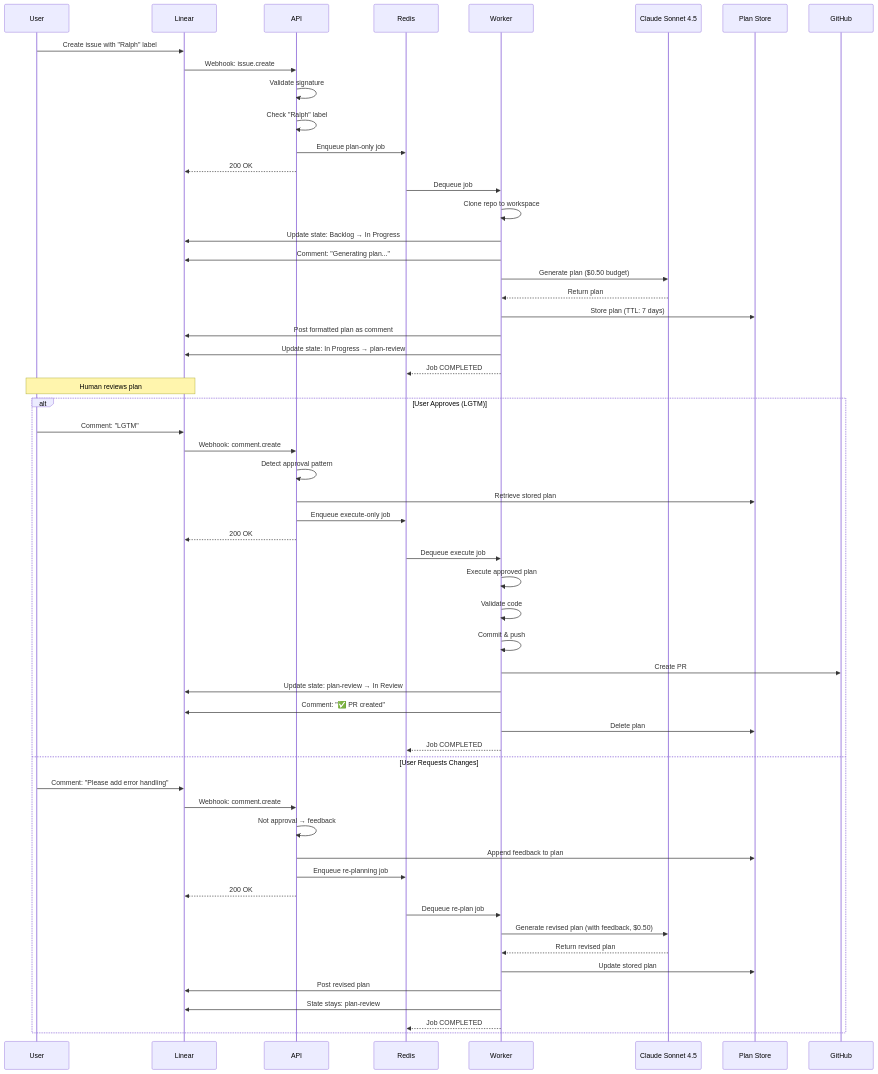
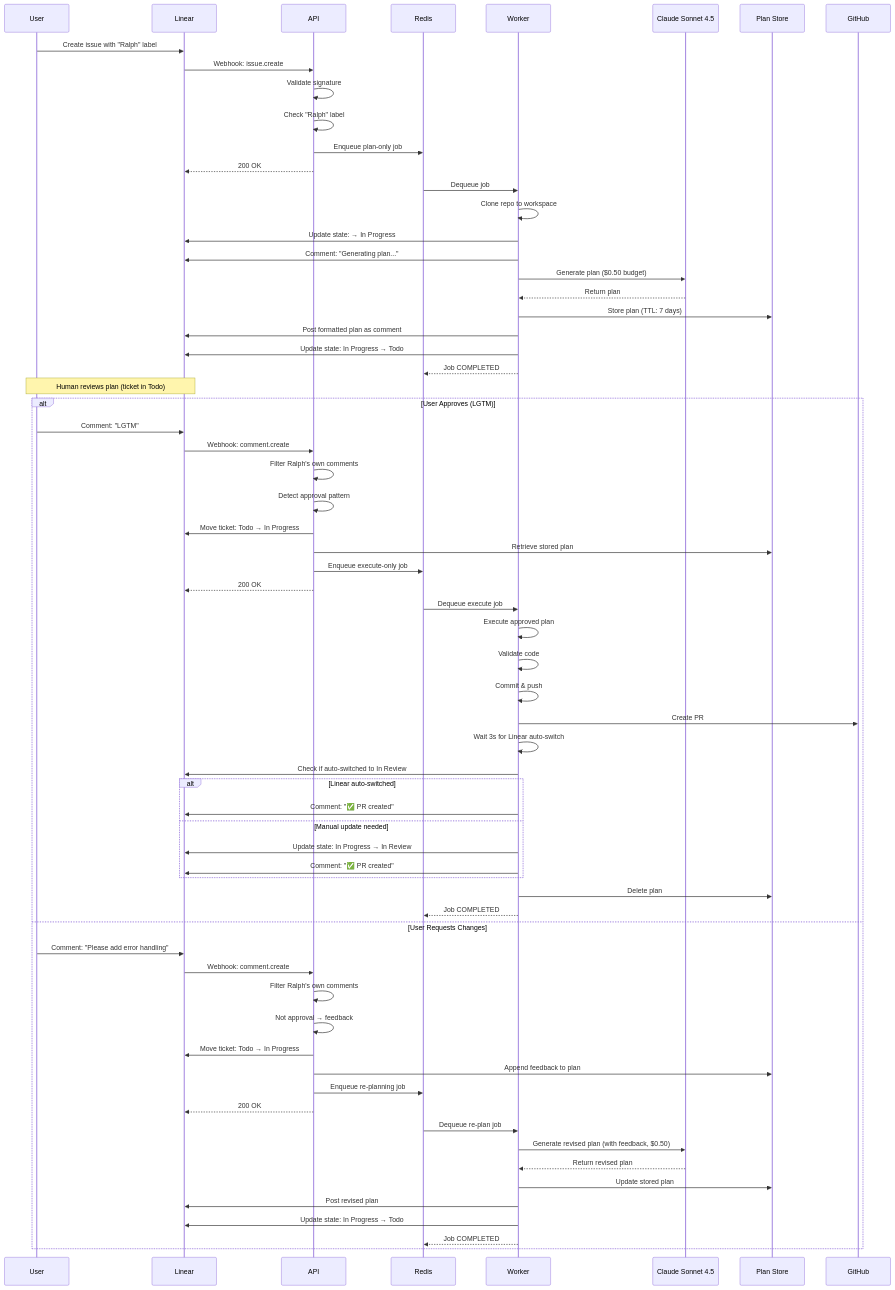
Before and after one commit to Replikanti/ralph-platform: the second of 7 diagrams in ARCHITECTURE.md, drawn with Mermaid. The commit also changed other lines of this file and 4 other files, not shown here.

````diff
--- a/ARCHITECTURE.md
+++ b/ARCHITECTURE.md
@@ -234,65 +250,75 @@
 ```mermaid
 sequenceDiagram
     participant User
     participant Linear
     participant API
     participant Redis
     participant Worker
     participant Sonnet as Claude Sonnet 4.5
     participant Store as Plan Store
 
     User->>Linear: Create issue with "Ralph" label
     Linear->>API: Webhook: issue.create
     API->>API: Validate signature
     API->>API: Check "Ralph" label
     API->>Redis: Enqueue plan-only job
     API-->>Linear: 200 OK
 
     Redis->>Worker: Dequeue job
     Worker->>Worker: Clone repo to workspace
-    Worker->>Linear: Update state: Backlog → In Progress
+    Worker->>Linear: Update state: → In Progress
     Worker->>Linear: Comment: "Generating plan..."
     Worker->>Sonnet: Generate plan ($0.50 budget)
     Sonnet-->>Worker: Return plan
     Worker->>Store: Store plan (TTL: 7 days)
     Worker->>Linear: Post formatted plan as comment
-    Worker->>Linear: Update state: In Progress → plan-review
+    Worker->>Linear: Update state: In Progress → Todo
     Worker-->>Redis: Job COMPLETED
 
-    Note over Linear,User: Human reviews plan
+    Note over Linear,User: Human reviews plan (ticket in Todo)
 
     alt User Approves (LGTM)
         User->>Linear: Comment: "LGTM"
         Linear->>API: Webhook: comment.create
+        API->>API: Filter Ralph's own comments
         API->>API: Detect approval pattern
+        API->>Linear: Move ticket: Todo → In Progress
         API->>Store: Retrieve stored plan
         API->>Redis: Enqueue execute-only job
         API-->>Linear: 200 OK
 
         Redis->>Worker: Dequeue execute job
         Worker->>Worker: Execute approved plan
         Worker->>Worker: Validate code
         Worker->>Worker: Commit & push
         Worker->>GitHub: Create PR
-        Worker->>Linear: Update state: plan-review → In Review
-        Worker->>Linear: Comment: "✅ PR created"
+        Worker->>Worker: Wait 3s for Linear auto-switch
+        Worker->>Linear: Check if auto-switched to In Review
+        alt Linear auto-switched
+            Worker->>Linear: Comment: "✅ PR created"
+        else Manual update needed
+            Worker->>Linear: Update state: In Progress → In Review
+            Worker->>Linear: Comment: "✅ PR created"
+        end
         Worker->>Store: Delete plan
         Worker-->>Redis: Job COMPLETED
 
     else User Requests Changes
         User->>Linear: Comment: "Please add error handling"
         Linear->>API: Webhook: comment.create
+        API->>API: Filter Ralph's own comments
         API->>API: Not approval → feedback
+        API->>Linear: Move ticket: Todo → In Progress
         API->>Store: Append feedback to plan
         API->>Redis: Enqueue re-planning job
         API-->>Linear: 200 OK
 
         Redis->>Worker: Dequeue re-plan job
         Worker->>Sonnet: Generate revised plan (with feedback, $0.50)
         Sonnet-->>Worker: Return revised plan
         Worker->>Store: Update stored plan
         Worker->>Linear: Post revised plan
-        Worker->>Linear: State stays: plan-review
+        Worker->>Linear: Update state: In Progress → Todo
         Worker-->>Redis: Job COMPLETED
     end
 ```
````
